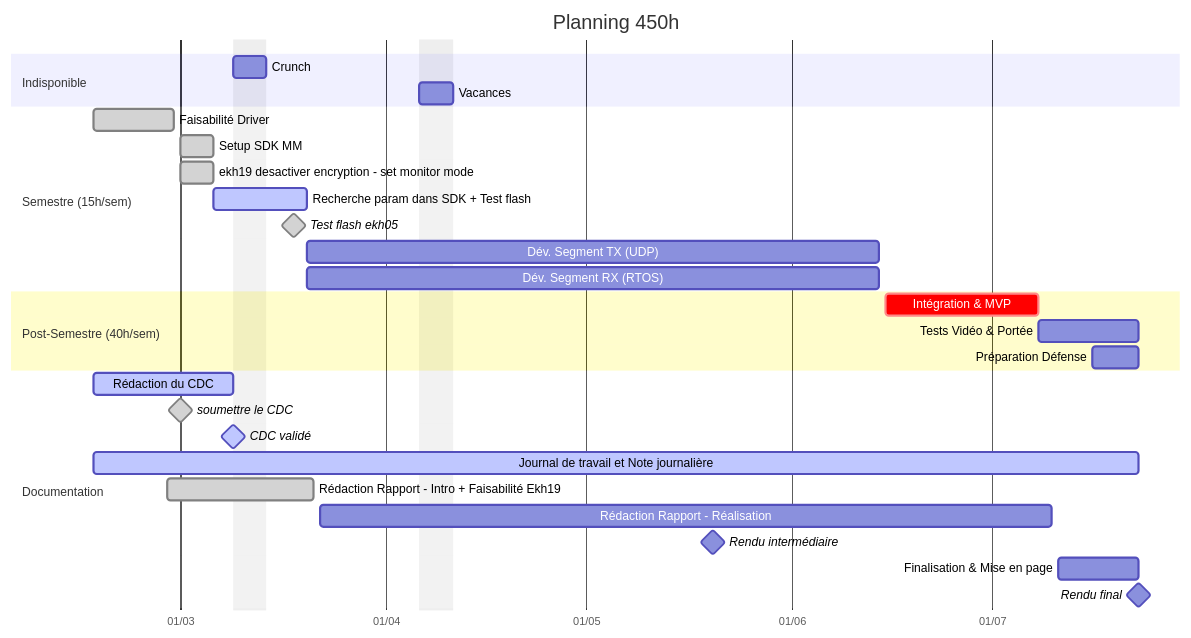
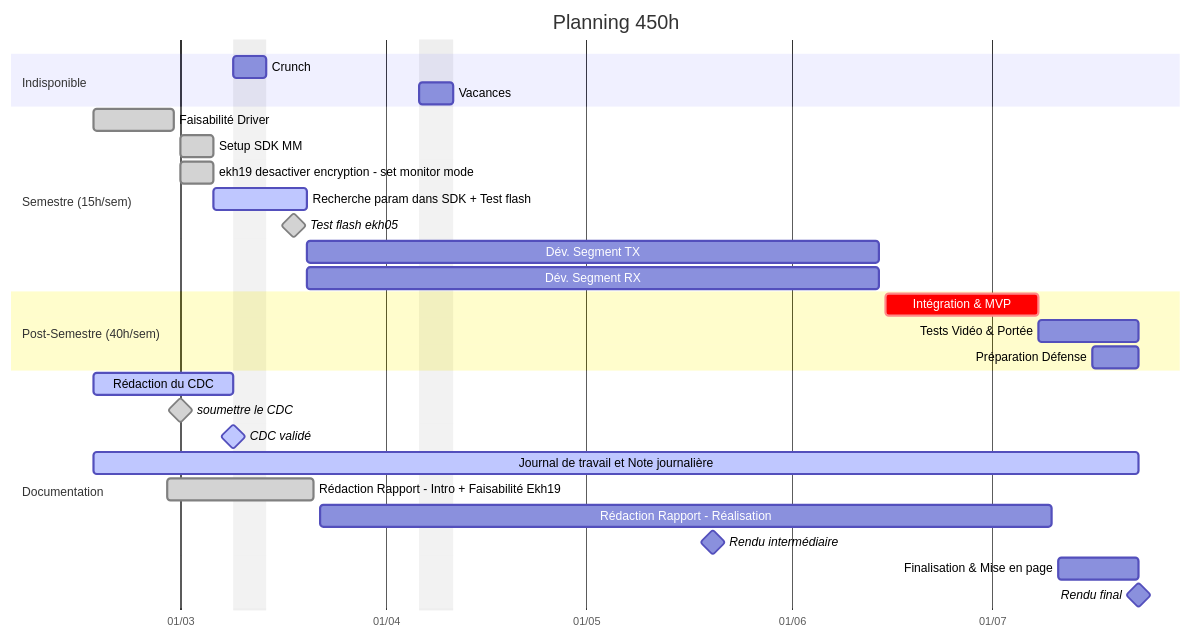
Before and after one commit to TschantzN/doc-bachelore-2026: the third of 4 diagrams in JOURNAL/JOURNAL_DE_TRAVAIL.md, drawn with Mermaid. The commit also changed other lines of this file and 12 other files, not shown here.

````diff
--- a/JOURNAL/JOURNAL_DE_TRAVAIL.md
+++ b/JOURNAL/JOURNAL_DE_TRAVAIL.md
@@ -121,40 +121,40 @@
 ```mermaid
 gantt
     title Planning 450h
     dateFormat  YYYY-MM-DD
     axisFormat  %d/%m
 
     excludes 2026-03-09,2026-03-10,2026-03-11,2026-03-12,2026-03-13,2026-04-06,2026-04-07,2026-04-08,2026-04-09,2026-04-10
     
     section Indisponible
     Crunch      :2026-03-09, 2026-03-14
     Vacances    :2026-04-06, 2026-04-11
 
     section Semestre (15h/sem)
     Faisabilité Driver :done, p1, 2026-02-16, 2026-02-28
     Setup SDK MM       :done, p1, 2026-03-01, 2026-03-06
     ekh19 desactiver encryption - set monitor mode :done, p1, 2026-03-1, 2026-03-06
     Recherche param dans SDK + Test flash       :active, p1, 2026-03-06, 2026-03-20
     Test flash ekh05         :done,milestone ,2026-03-18, 0d
     
 
-    Dév. Segment TX (UDP)    : tx1,2026-03-20, 2026-06-14
-    Dév. Segment RX (RTOS)   :rx1, 2026-03-20, 2026-06-14
+    Dév. Segment TX    : tx1,2026-03-20, 2026-06-14
+    Dév. Segment RX   :rx1, 2026-03-20, 2026-06-14
 
     section Post-Semestre (40h/sem)
     Intégration & MVP        :crit, int1, 2026-06-15, 2026-07-08
     Tests Vidéo & Portée     :int2, 2026-07-08, 2026-07-23
     Préparation Défense      :int3, 2026-07-16, 2026-07-23
 
     section Documentation
     Rédaction du CDC         :active, doc1, 2026-02-16, 2026-03-09
     soumettre le CDC         :done,milestone ,2026-03-01, 0d
     CDC validé               :active,milestone ,2026-03-09, 0d
 
     Journal de travail et Note journalière :active, doc2, 2026-02-16, 2026-07-23
     Rédaction Rapport - Intro + Faisabilité Ekh19 :done,doc3, 2026-02-27, 2026-03-21
     Rédaction Rapport - Réalisation :doc4, 2026-03-22, 2026-07-10
     Rendu intermédiaire         :milestone ,2026-05-20, 0d
     Finalisation & Mise en page :doc5, 2026-07-11, 2026-07-23
     Rendu final                 :milestone ,2026-07-23, 0d
 ```
````
